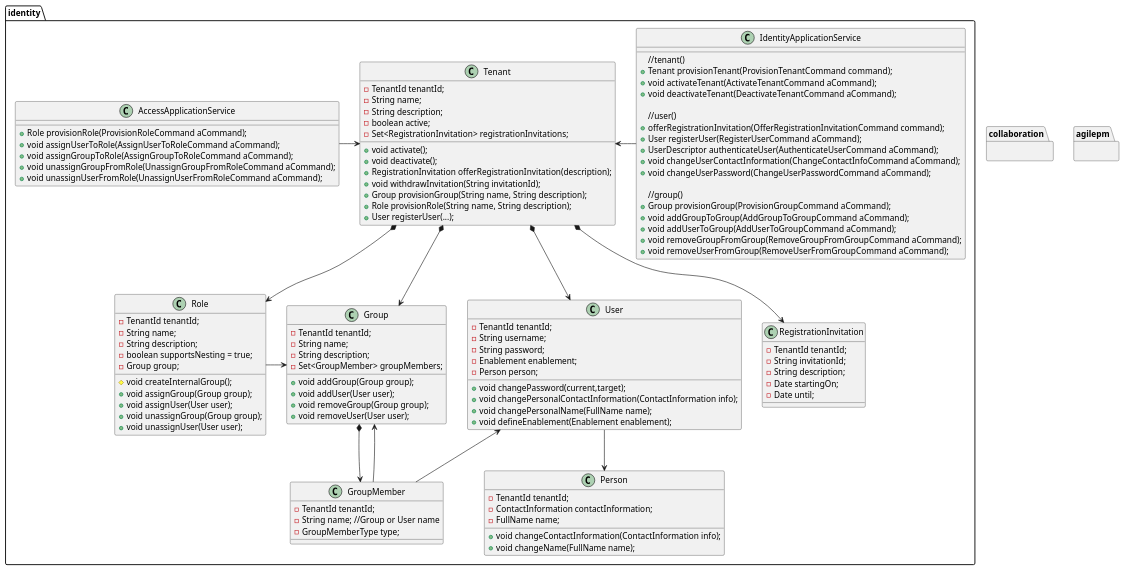
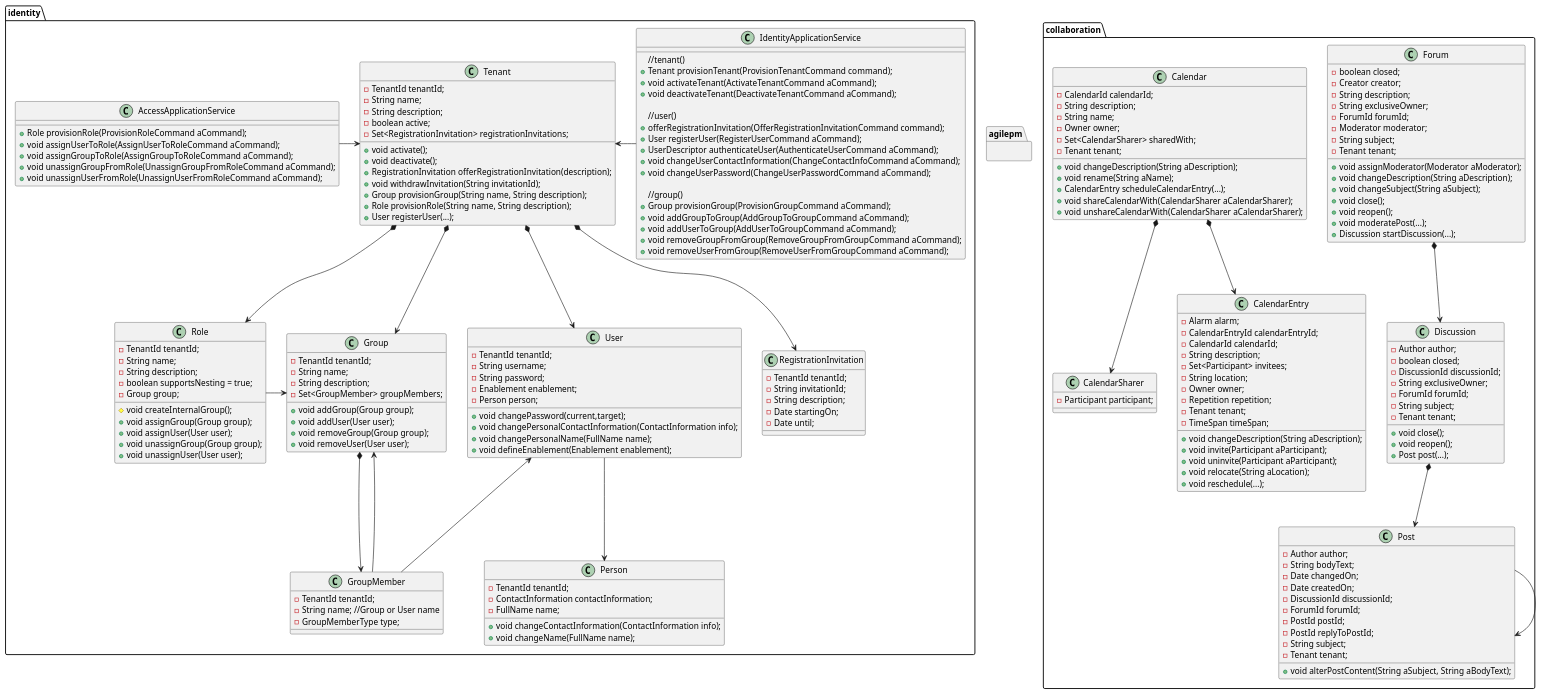
Before and after one commit to fancyyawn/zhacker-sample-ovation: the diagram in doc/ovation.puml, drawn with PlantUML. The commit also changed 2 other files, not shown here.

Commit message:
add collaboration uml

```diff
--- a/doc/ovation.puml
+++ b/doc/ovation.puml
@@ -132,6 +132,100 @@
 
 package collaboration{
 
+class Forum{
+    - boolean closed;
+    - Creator creator;
+    - String description;
+    - String exclusiveOwner;
+    - ForumId forumId;
+    - Moderator moderator;
+    - String subject;
+    - Tenant tenant;
+
+    + void assignModerator(Moderator aModerator);
+    + void changeDescription(String aDescription);
+    + void changeSubject(String aSubject);
+    + void close();
+    + void reopen();
+    + void moderatePost(...);
+    + Discussion startDiscussion(...);
+}
+
+class Discussion{
+    - Author author;
+    - boolean closed;
+    - DiscussionId discussionId;
+    - String exclusiveOwner;
+    - ForumId forumId;
+    - String subject;
+    - Tenant tenant;
+
+    + void close();
+    + void reopen(); 
+    + Post post(...);   
+  
+}
+
+class Post{
+    - Author author;
+    - String bodyText;
+    - Date changedOn;
+    - Date createdOn;
+    - DiscussionId discussionId;
+    - ForumId forumId;
+    - PostId postId;
+    - PostId replyToPostId;
+    - String subject;
+    - Tenant tenant;
+    
+    + void alterPostContent(String aSubject, String aBodyText);
+}
+
+Forum *--> Discussion
+Discussion *--> Post
+Post --> Post
+
+class Calendar{
+    - CalendarId calendarId;
+    - String description;
+    - String name;
+    - Owner owner;
+    - Set<CalendarSharer> sharedWith;
+    - Tenant tenant;
+    
+    + void changeDescription(String aDescription);
+    + void rename(String aName);
+    + CalendarEntry scheduleCalendarEntry(...);
+    + void shareCalendarWith(CalendarSharer aCalendarSharer);
+    + void unshareCalendarWith(CalendarSharer aCalendarSharer);
+}
+
+class CalendarSharer{
+    - Participant participant;
+}
+
+class CalendarEntry{
+    - Alarm alarm;
+    - CalendarEntryId calendarEntryId;
+    - CalendarId calendarId;
+    - String description;
+    - Set<Participant> invitees;
+    - String location;
+    - Owner owner;
+    - Repetition repetition;
+    - Tenant tenant;
+    - TimeSpan timeSpan;
+
+    + void changeDescription(String aDescription);
+    + void invite(Participant aParticipant);
+    + void uninvite(Participant aParticipant);
+    + void relocate(String aLocation);
+    + void reschedule(...);
+}
+
+Calendar *--> CalendarSharer
+Calendar *--> CalendarEntry
+
 }
 
 
```
